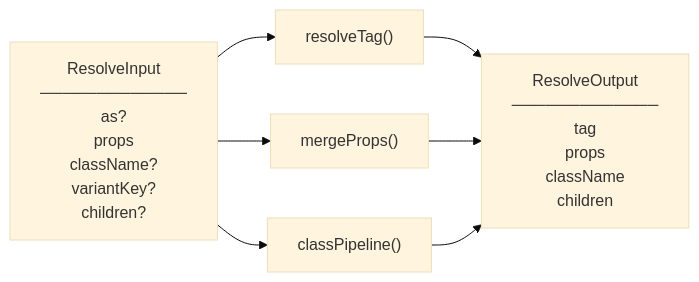
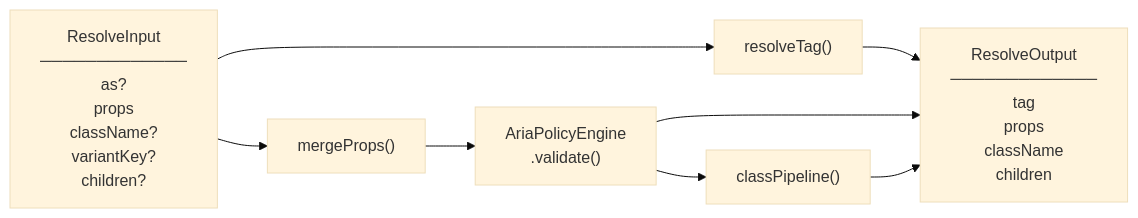
One commit to slowebworkz/praxis-kit changed the fourth of 10 diagrams in ARCHITECTURE.md. Above: the diagram before and after it, drawn with Mermaid (base theme). The commit also changed other lines of this file and 26 other files, not shown here.

````diff
--- a/ARCHITECTURE.md
+++ b/ARCHITECTURE.md
@@ -176,23 +179,26 @@
 ```mermaid
 flowchart LR
     input["ResolveInput
 ─────────────
 as?
 props
 className?
 variantKey?
 children?"]
 
     tag["resolveTag()"]
     props["mergeProps()"]
+    aria["AriaPolicyEngine\n.validate()"]
     cls["classPipeline()"]
 
     output["ResolveOutput
 ─────────────
 tag
 props
 className
 children"]
 
-    input --> tag & props & cls --> output
+    input --> tag
+    input --> props --> aria --> cls
+    tag & aria & cls --> output
 ```
````
